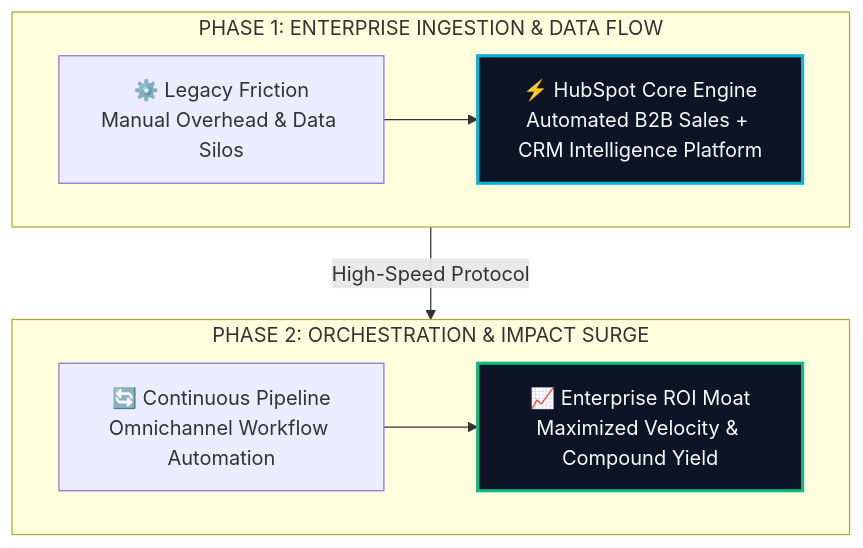
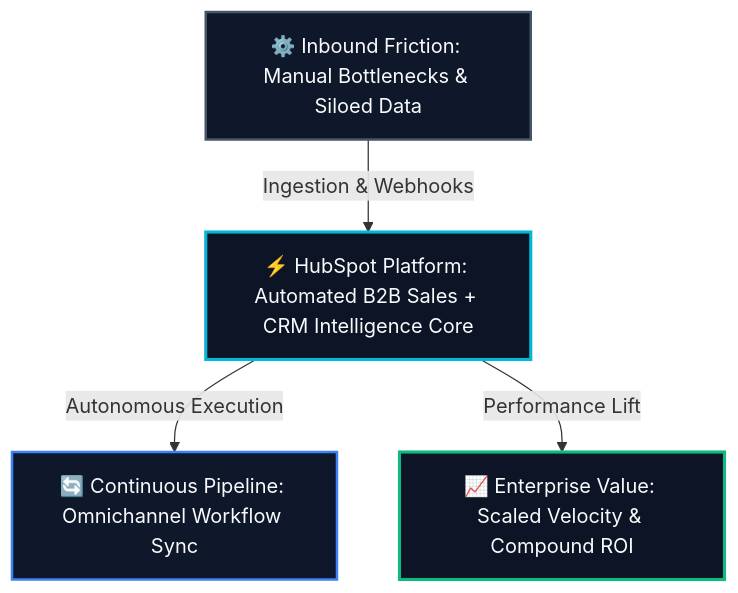
One commit to heliatech-media/saas-radar changed the diagram in site/src/content/blog/hubspot-evolution-guide-2026.md. Above: the diagram before and after it, drawn with Mermaid. The commit also changed 93 other files, not shown here.

First line of the commit message:
fix(diagrams): resolve dagre-d3 subgraph collision by migrating to balanced 3-tier Hub & Spoke architecture

````diff
--- a/site/src/content/blog/hubspot-evolution-guide-2026.md
+++ b/site/src/content/blog/hubspot-evolution-guide-2026.md
@@ -55,14 +55,14 @@
 ```mermaid
 flowchart TD
-    subgraph S1["PHASE 1: ENTERPRISE INGESTION & DATA FLOW"]
-        direction LR
-        A["⚙️ Legacy Friction<br/>Manual Overhead & Data Silos"] --> B["⚡ HubSpot Core Engine<br/>Automated B2B Sales + CRM Intelligence Platform"]
-    end
-    subgraph S2["PHASE 2: ORCHESTRATION & IMPACT SURGE"]
-        direction LR
-        C["🔄 Continuous Pipeline<br/>Omnichannel Workflow Automation"] --> D["📈 Enterprise ROI Moat<br/>Maximized Velocity & Compound Yield"]
-    end
-    S1 -->|High-Speed Protocol| S2
-    style B fill:#0c1425,stroke:#06b6d4,stroke-width:2.5px,color:#f8fafc
-    style D fill:#0c1425,stroke:#10b981,stroke-width:2.5px,color:#f8fafc
+    Inp["⚙️ Inbound Friction: Manual Bottlenecks & Siloed Data"]
+    Eng["⚡ HubSpot Platform: Automated B2B Sales + CRM Intelligence Core"]
+    Out1["🔄 Continuous Pipeline: Omnichannel Workflow Sync"]
+    Out2["📈 Enterprise Value: Scaled Velocity & Compound ROI"]
+    Inp -->|Ingestion & Webhooks| Eng
+    Eng -->|Autonomous Execution| Out1
+    Eng -->|Performance Lift| Out2
+    style Inp fill:#0f172a,stroke:#475569,stroke-width:2px,color:#f8fafc
+    style Eng fill:#0c1425,stroke:#06b6d4,stroke-width:2.5px,color:#f8fafc
+    style Out1 fill:#0f172a,stroke:#3b82f6,stroke-width:2px,color:#f8fafc
+    style Out2 fill:#0c1425,stroke:#10b981,stroke-width:2.5px,color:#f8fafc
 ```
````
